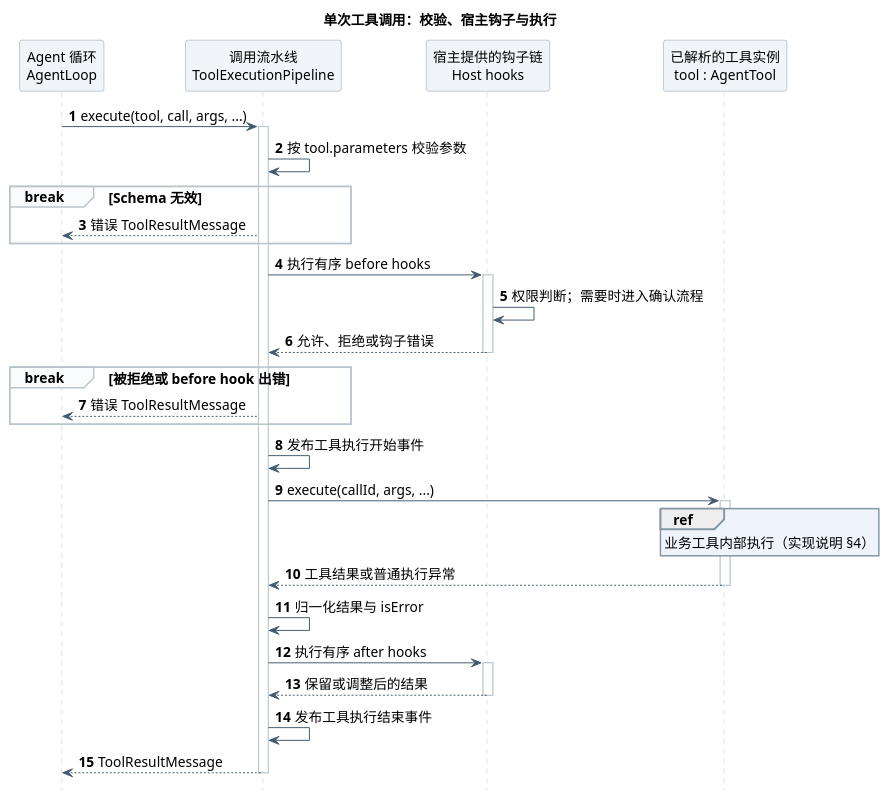
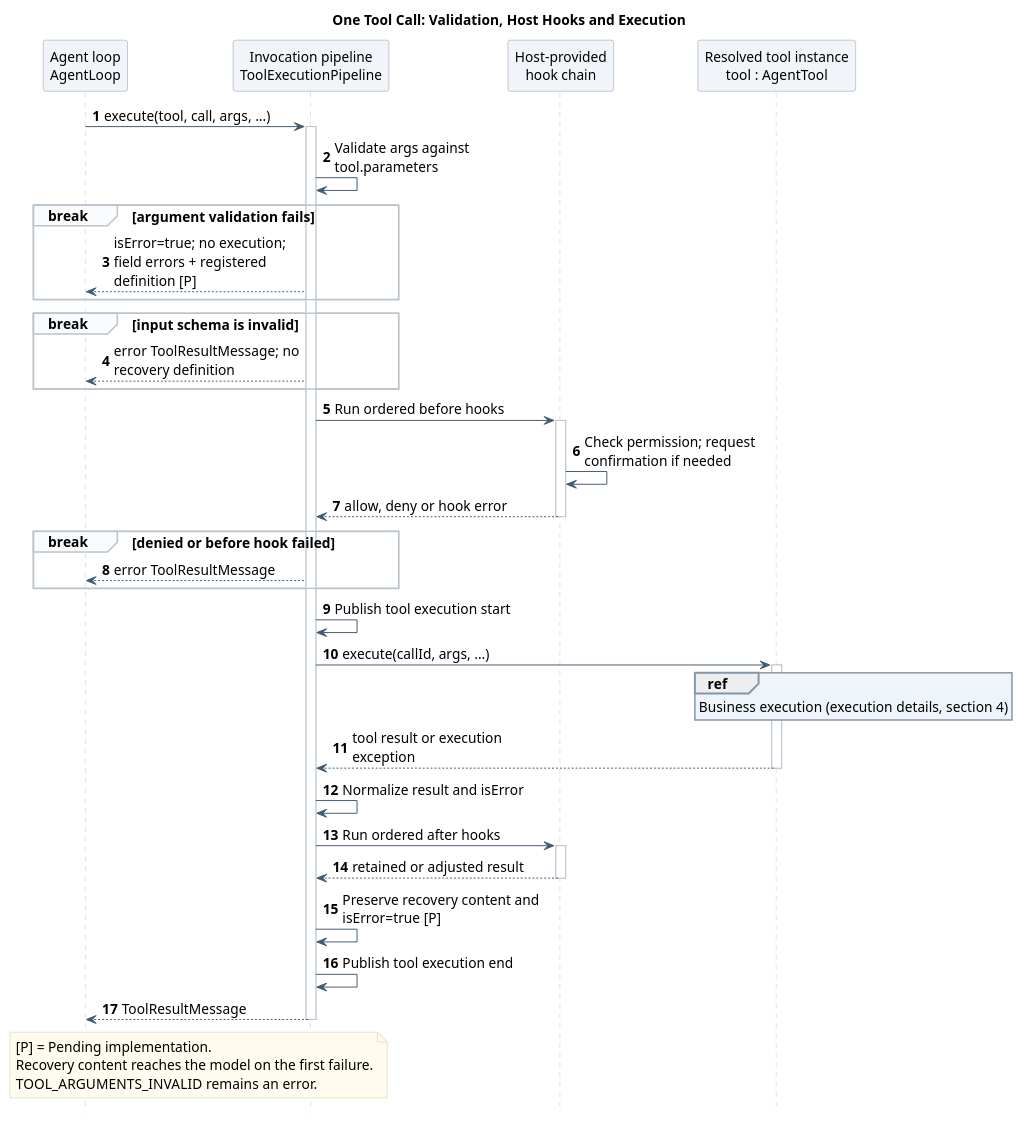
The seventh of 12 diagrams in 01-总体架构/02-CampusClaw工具系统/diagram.puml (ssm0808/pi-mono-java-design), drawn with PlantUML before and after one commit. The commit also changed other lines of this file and 20 other files, not shown here.

Commit message:
docs(tools): define argument recovery and recoverable tool feedback

```diff
--- a/01-总体架构/02-CampusClaw工具系统/diagram.puml
+++ b/01-总体架构/02-CampusClaw工具系统/diagram.puml
@@ -480,57 +496,66 @@
 @startuml tool_invocation_pipeline
 skinparam backgroundColor white
-skinparam defaultFontName "PingFang SC"
+skinparam defaultFontName SansSerif
 skinparam defaultFontSize 14
 skinparam shadowing false
 skinparam sequenceMessageAlign left
 skinparam maxMessageSize 210
 skinparam sequenceArrowColor #425B70
 skinparam sequenceLifeLineBorderColor #BAC4CC
 skinparam sequenceParticipantBackgroundColor #F1F5F9
 skinparam sequenceParticipantBorderColor #8496A4
 skinparam sequenceGroupBackgroundColor #FAFBFC
 skinparam sequenceGroupBorderColor #BAC4CC
 skinparam sequenceReferenceBackgroundColor #EEF4FA
 skinparam sequenceReferenceBorderColor #8496A4
 skinparam noteBackgroundColor #FFFBEF
 skinparam noteBorderColor #D2C6A5
 hide footbox
 autonumber
-' Source evidence (CampusClaw fb842b1ac6cb4818f6b146f79dd184a5cd88bf12, checked 2026-09-21):
-
+' Source evidence (CampusClaw c9a2340f87bda6dff6bbd352f6995f8551206bb5, checked 2026-09-22):
 ' modules/agent-core/src/main/java/com/campusclaw/agent/loop/AgentLoop.java: resolveToolCallsSafe, runToolPhase
 ' modules/agent-core/src/main/java/com/campusclaw/agent/tool/ToolExecutionPipeline.java: execute, validate, applyBeforeHook, invokeTool, applyAfterHook
 ' modules/coding-agent-cli/src/main/java/com/campusclaw/codingagent/runtimeapi/runtime/RuntimeActiveExecution.java: beforeToolCall
 ' Observed behavior: schema validation precedes before hooks; blocked calls return before execution and after hooks.
-' Design reason: keep common lifecycle separate from business delegation; cancellation is propagated to the upper execution scope.
-' Pending implementation: new business entry permissions must be wired into the existing Host policy.
-title 单次工具调用：校验、宿主钩子与执行
+' Design reason: keep common lifecycle separate from business delegation; cancellation propagates to the execution scope.
+' Pending implementation: return the registered input definition and field errors on argument failure; preserve recovery content and error classification through after hooks.
+title One Tool Call: Validation, Host Hooks and Execution
 
-participant "Agent 循环\nAgentLoop" as Loop
-participant "调用流水线\nToolExecutionPipeline" as Pipeline
-participant "宿主提供的钩子链\nHost hooks" as Hooks
-participant "已解析的工具实例\ntool : AgentTool" as Tool
+participant "Agent loop\nAgentLoop" as Loop
+participant "Invocation pipeline\nToolExecutionPipeline" as Pipeline
+participant "Host-provided\nhook chain" as Hooks
+participant "Resolved tool instance\ntool : AgentTool" as Tool
 
 Loop -> Pipeline ++ : execute(tool, call, args, ...)
-Pipeline -> Pipeline : 按 tool.parameters 校验参数
-break Schema 无效
-  Pipeline --> Loop : 错误 ToolResultMessage
+Pipeline -> Pipeline : Validate args against tool.parameters
+break argument validation fails
+  Pipeline --> Loop : isError=true; no execution;\nfield errors + registered definition [P]
 end
-Pipeline -> Hooks ++ : 执行有序 before hooks
-Hooks -> Hooks : 权限判断；需要时进入确认流程
-Hooks --> Pipeline -- : 允许、拒绝或钩子错误
-break 被拒绝或 before hook 出错
-  Pipeline --> Loop : 错误 ToolResultMessage
+break input schema is invalid
+  Pipeline --> Loop : error ToolResultMessage; no recovery definition
 end
-Pipeline -> Pipeline : 发布工具执行开始事件
+Pipeline -> Hooks ++ : Run ordered before hooks
+Hooks -> Hooks : Check permission; request confirmation if needed
+Hooks --> Pipeline -- : allow, deny or hook error
+break denied or before hook failed
+  Pipeline --> Loop : error ToolResultMessage
+end
+Pipeline -> Pipeline : Publish tool execution start
 Pipeline -> Tool ++ : execute(callId, args, ...)
 ref over Tool
-  业务工具内部执行（实现说明 §4）
+  Business execution (execution details, section 4)
 end ref
-Tool --> Pipeline -- : 工具结果或普通执行异常
-Pipeline -> Pipeline : 归一化结果与 isError
-Pipeline -> Hooks ++ : 执行有序 after hooks
-Hooks --> Pipeline -- : 保留或调整后的结果
-Pipeline -> Pipeline : 发布工具执行结束事件
+Tool --> Pipeline -- : tool result or execution exception
+Pipeline -> Pipeline : Normalize result and isError
+Pipeline -> Hooks ++ : Run ordered after hooks
+Hooks --> Pipeline -- : retained or adjusted result
+Pipeline -> Pipeline : Preserve recovery content and isError=true [P]
+Pipeline -> Pipeline : Publish tool execution end
 Pipeline --> Loop -- : ToolResultMessage
+
+note over Loop, Pipeline
+  [P] = Pending implementation.
+  Recovery content reaches the model on the first failure.
+  TOOL_ARGUMENTS_INVALID remains an error.
+end note
 @enduml
```
